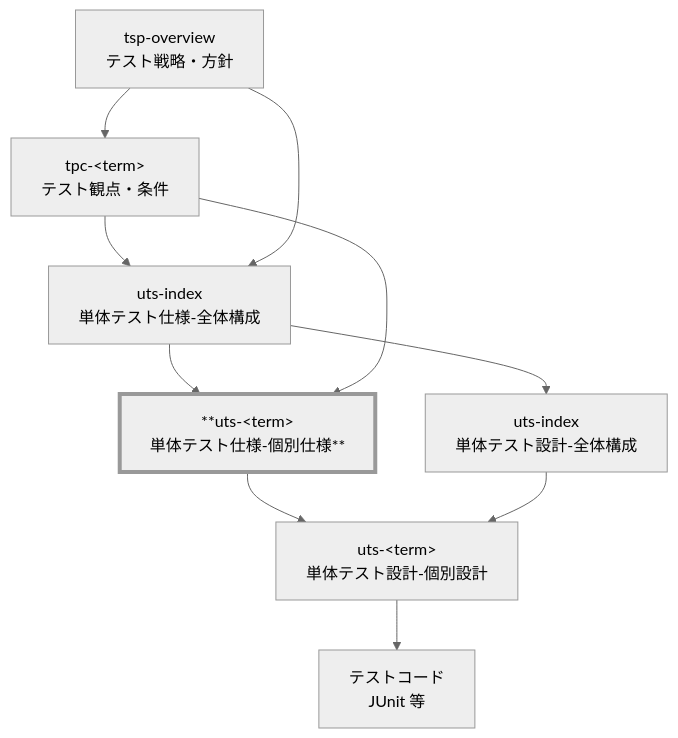
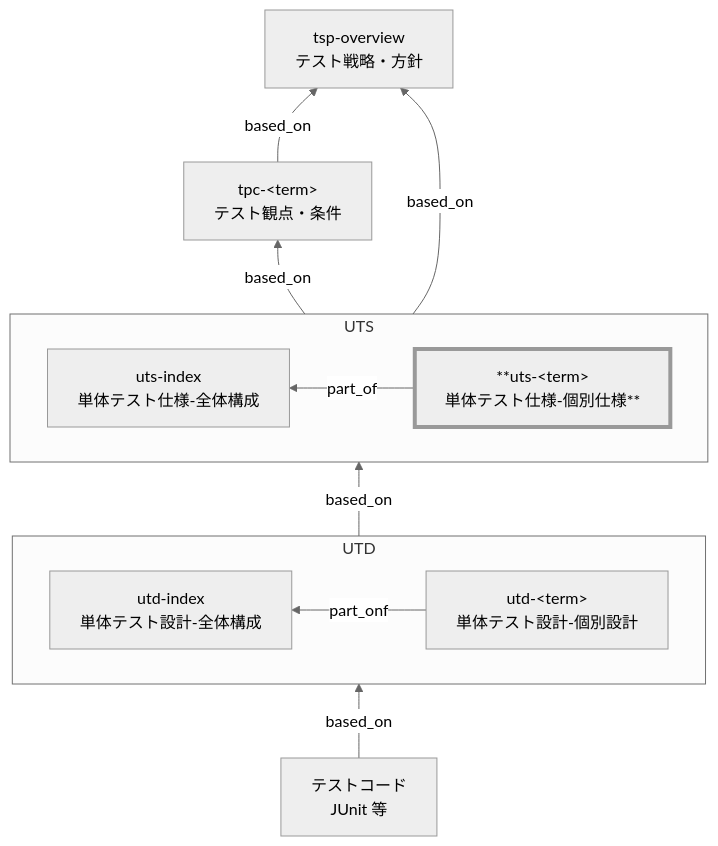
The diagram in docs/ja/handbook/rules/uts-rules.md (naoji3x/grandma-candy-shop), drawn with Mermaid (neutral theme) before and after one commit. The commit also changed other lines of this file, not shown here.

Commit message:
docs(update): uts-rules.mdを修正

````diff
--- a/docs/ja/handbook/rules/uts-rules.md
+++ b/docs/ja/handbook/rules/uts-rules.md
@@ -37,19 +37,31 @@
 ```mermaid
-flowchart TD
+flowchart BT
   TSP["tsp-overview<br>テスト戦略・方針"]
   TPC["tpc-&lt;term&gt;<br>テスト観点・条件"]
-  UTSIndex["uts-index<br>単体テスト仕様-全体構成"]
-  UTS["**uts-&lt;term&gt;<br>単体テスト仕様-個別仕様**"]
-  UTDIndex["uts-index<br>単体テスト設計-全体構成"]
-  UTD["uts-&lt;term&gt;<br>単体テスト設計-個別設計"]
+
+  subgraph UTS
+  direction RL
+    UTSIndex["uts-index<br>単体テスト仕様-全体構成"]
+    UTSDetail["**uts-&lt;term&gt;<br>単体テスト仕様-個別仕様**"]
+  end
+
+  subgraph UTD
+  direction RL
+    UTDIndex["utd-index<br>単体テスト設計-全体構成"]
+    UTDDetail["utd-&lt;term&gt;<br>単体テスト設計-個別設計"]
+  end
+
   TC["テストコード<br>JUnit 等"]
 
-  TSP --> TPC --> UTSIndex --> UTS --> UTD --> TC
-  TSP --> UTSIndex
-  TPC --> UTS
-  UTSIndex --> UTDIndex
-  UTDIndex --> UTD
+  TPC -->|based_on| TSP
+  UTSDetail -->|part_of| UTSIndex
+  UTD -->|based_on| UTS
+  TC -->|based_on| UTD
+
+  UTS -->|based_on| TSP
+  UTS -->|based_on| TPC
+  UTDDetail -->|part_onf| UTDIndex
 
   classDef target stroke-width:4px
-  class UTS target
+  class UTSDetail target
 ```
````
